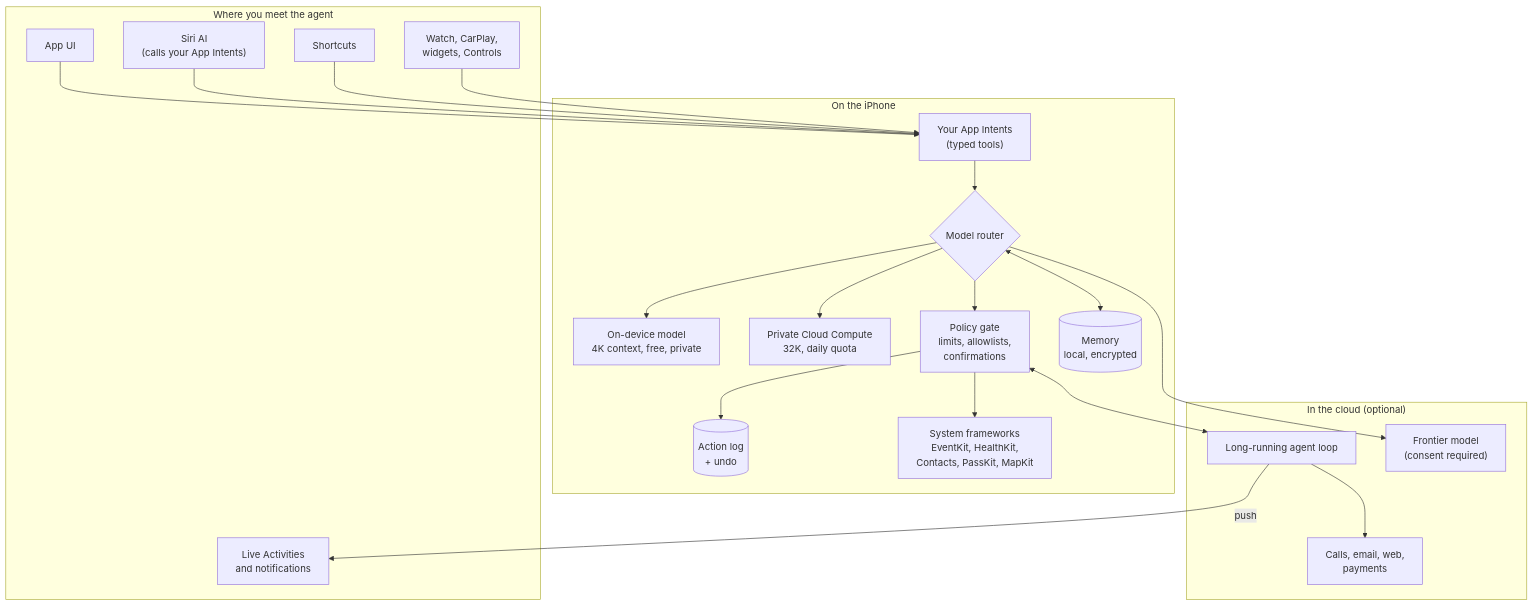
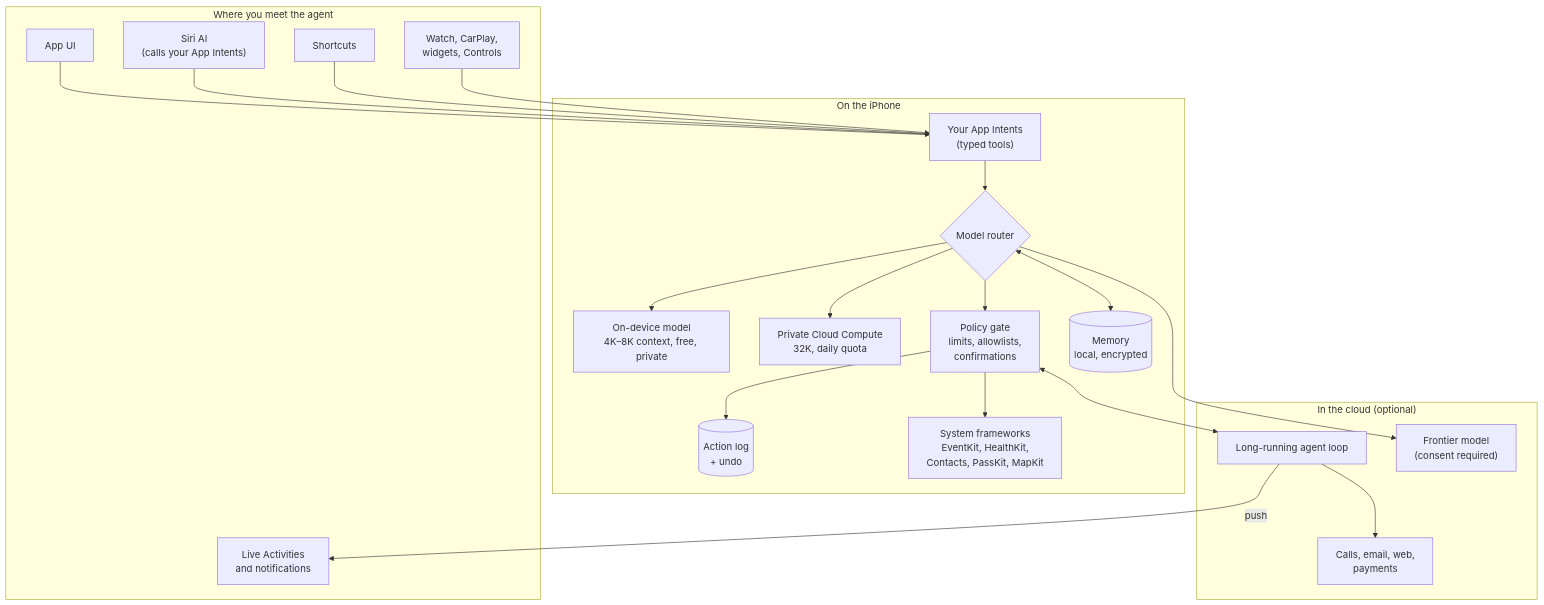
Before and after one commit to ehzawad/ideation-of-ios-app: the first of 4 diagrams in docs/reference-architecture.md, drawn with Mermaid. The commit also changed other lines of this file and 4 other files, not shown here.

````diff
--- a/docs/reference-architecture.md
+++ b/docs/reference-architecture.md
@@ -9,43 +9,43 @@
 ```mermaid
 flowchart TB
   subgraph Surfaces["Where you meet the agent"]
     UI["App UI"]
     Siri["Siri AI<br/>(calls your App Intents)"]
     SC["Shortcuts"]
     LA["Live Activities<br/>and notifications"]
     W["Watch, CarPlay,<br/>widgets, Controls"]
   end
 
   subgraph Phone["On the iPhone"]
     Intents["Your App Intents<br/>(typed tools)"]
     Router{"Model router"}
-    FM["On-device model<br/>4K context, free, private"]
+    FM["On-device model<br/>4K–8K context, free, private"]
     PCC["Private Cloud Compute<br/>32K, daily quota"]
     Policy["Policy gate<br/>limits, allowlists,<br/>confirmations"]
     Mem[("Memory<br/>local, encrypted")]
     Log[("Action log<br/>+ undo")]
     Sys["System frameworks<br/>EventKit, HealthKit,<br/>Contacts, PassKit, MapKit"]
   end
 
   subgraph Cloud["In the cloud (optional)"]
     Loop["Long-running agent loop"]
     Ext["Calls, email, web,<br/>payments"]
     Frontier["Frontier model<br/>(consent required)"]
   end
 
   UI --> Intents
   Siri --> Intents
   SC --> Intents
   W --> Intents
   Intents --> Router
   Router --> FM
   Router --> PCC
   Router --> Frontier
   Router --> Policy
   Policy --> Sys
   Policy --> Log
   Policy <--> Loop
   Loop --> Ext
   Loop -->|"push"| LA
   Router <--> Mem
 ```
````
